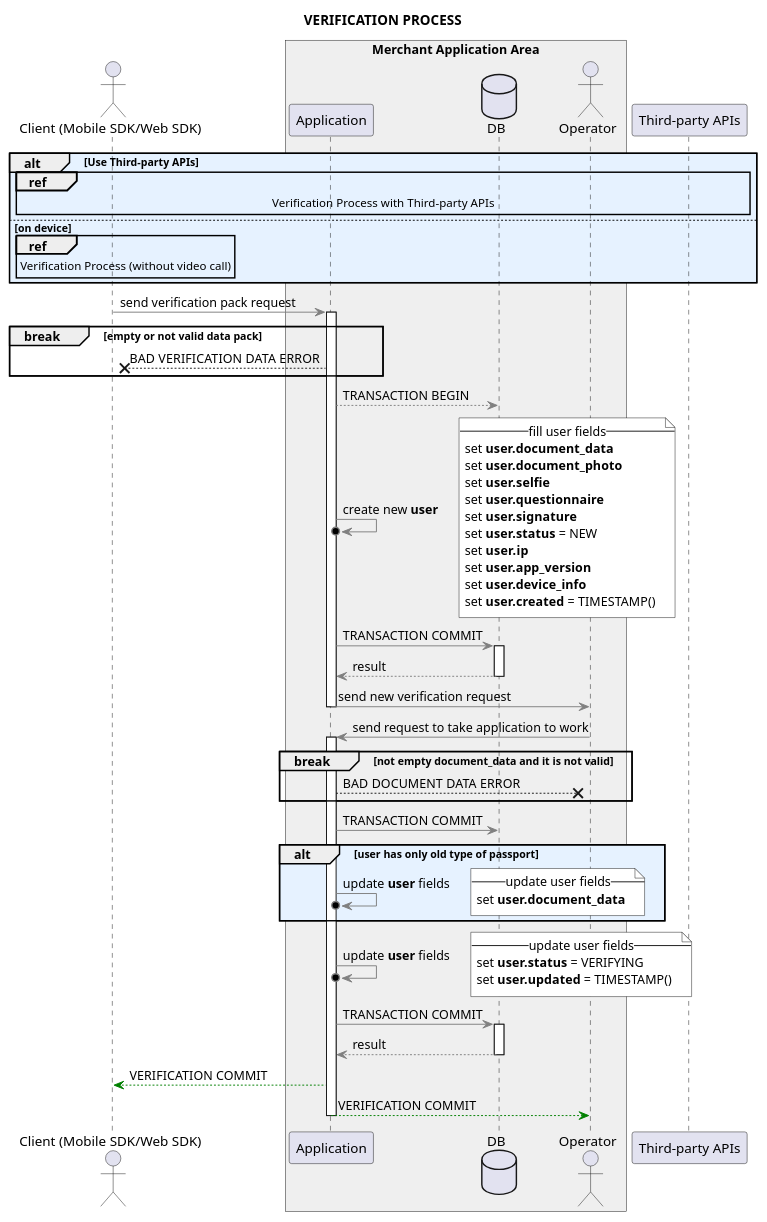
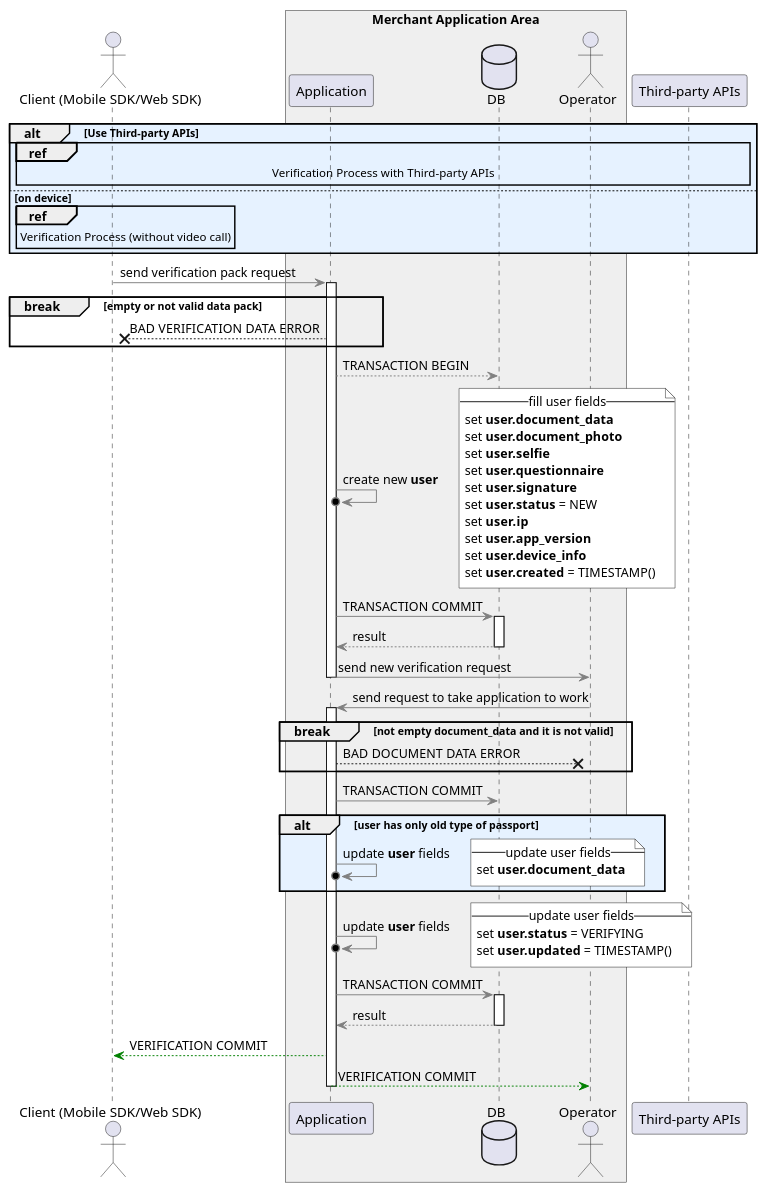
One commit to DjFact/kyc-docs changed the diagram in docs/modules/how-it-works/pages/verification.adoc. Above: the diagram before and after it, drawn with PlantUML. The commit also changed other lines of this file and 10 other files, not shown here.

```diff
--- a/docs/modules/how-it-works/pages/verification.adoc
+++ b/docs/modules/how-it-works/pages/verification.adoc
@@ -3,72 +16,70 @@
 [plantuml,format=svg,role=sequence]
 ----
 @startuml
-title VERIFICATION PROCESS
-
     actor "Client (Mobile SDK/Web SDK)" as Client
     box "Merchant Application Area" #efefef
         participant "Application" as Server
         database "DB" as DB
         actor Operator
     end box
     participant "Third-party APIs" as API
 
     alt #e6f2ff Use Third-party APIs
         ref over Client, Server, API : Verification Process with Third-party APIs
     else on device
         ref over Client : Verification Process (without video call)
     end
     Client -[#gray]> Server : send verification pack request
     activate Server
     break empty or not valid data pack
         Server --x Client : BAD VERIFICATION DATA ERROR
     end
     Server -[#gray]-> DB : TRANSACTION BEGIN
     Server -[#gray]>o Server : create new <b>user</b>
     note right #ffffff
         --fill user fields--
         set <b>user.document_data</b>
         set <b>user.document_photo</b>
         set <b>user.selfie</b>
         set <b>user.questionnaire</b>
         set <b>user.signature</b>
         set <b>user.status</b> = NEW
         set <b>user.ip</b>
         set <b>user.app_version</b>
         set <b>user.device_info</b>
         set <b>user.created</b> = TIMESTAMP()
     end note
     Server -[#gray]> DB : TRANSACTION COMMIT
     activate DB
         DB -[#gray]-> Server : result
     deactivate DB
     Server -[#gray]> Operator : send new verification request
     deactivate Server
     Operator -[#gray]> Server : send request to take application to work
     activate Server
     break not empty document_data and it is not valid
         Server --x Operator : BAD DOCUMENT DATA ERROR
     end
     Server -[#gray]> DB : TRANSACTION COMMIT
     alt #e6f2ff user has only old type of passport
         Server -[#gray]>o Server : update <b>user</b> fields
         note right #ffffff
             --update user fields--
             set <b>user.document_data</b>
         end note
     end
     Server -[#gray]>o Server : update <b>user</b> fields
     note right #ffffff
         --update user fields--
         set <b>user.status</b> = VERIFYING
         set <b>user.updated</b> = TIMESTAMP()
     end note
     Server -[#gray]> DB : TRANSACTION COMMIT
     activate DB
     DB -[#gray]-> Server : result
     deactivate DB
     Server -[#green]-> Client : VERIFICATION COMMIT
     Server -[#green]-> Operator : VERIFICATION COMMIT
     deactivate Server
 @enduml
 ----
```
